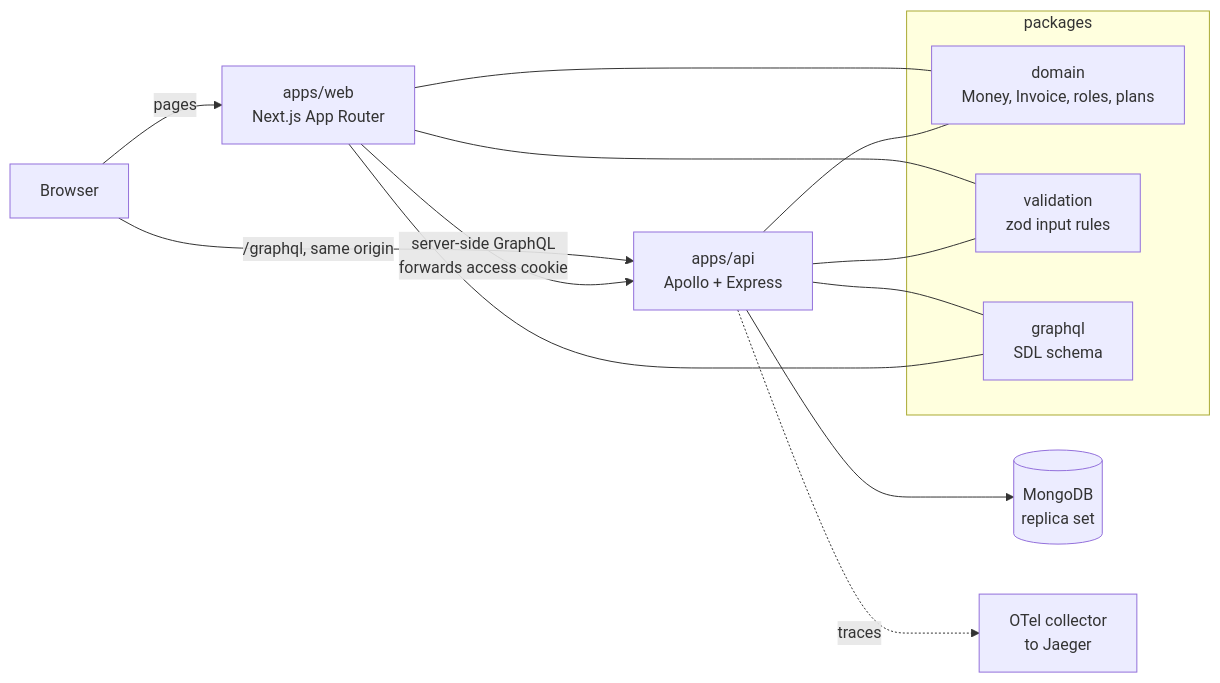
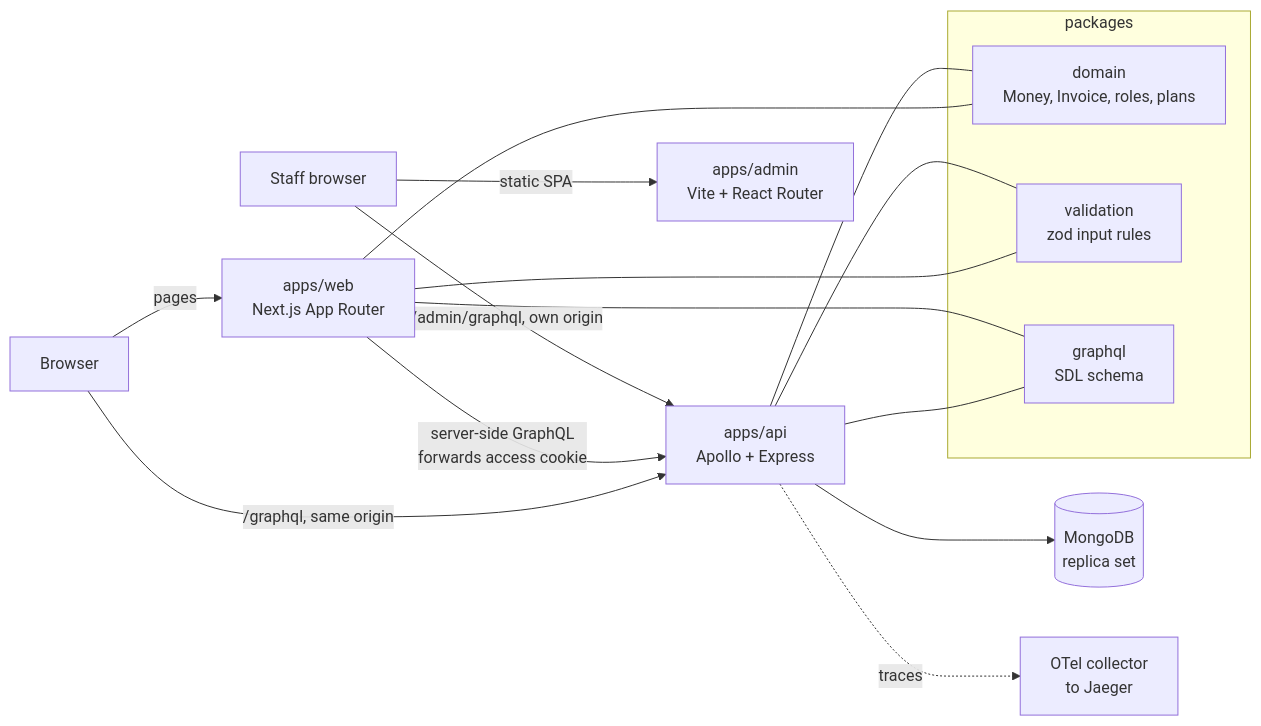
Before and after one commit to kaustubh007/ledgerly: the first of 2 diagrams in docs/ONBOARDING.md, drawn with Mermaid. The commit also changed other lines of this file and 11 other files, not shown here.

````diff
--- a/docs/ONBOARDING.md
+++ b/docs/ONBOARDING.md
@@ -58,19 +58,21 @@
 ```mermaid
 flowchart LR
   B[Browser] -->|pages| W[apps/web<br/>Next.js App Router]
   B -->|/graphql, same origin| A[apps/api<br/>Apollo + Express]
   W -->|server-side GraphQL<br/>forwards access cookie| A
   A --> M[(MongoDB<br/>replica set)]
   A -.->|traces| J[OTel collector<br/>to Jaeger]
+  S[Staff browser] -->|/admin/graphql, own origin| A
+  S -->|static SPA| AD[apps/admin<br/>Vite + React Router]
   subgraph shared[packages]
     D[domain<br/>Money, Invoice, roles, plans]
     V[validation<br/>zod input rules]
     G[graphql<br/>SDL schema]
   end
   W --- D
   W --- V
   A --- D
   A --- V
   A --- G
   W --- G
 ```
````
